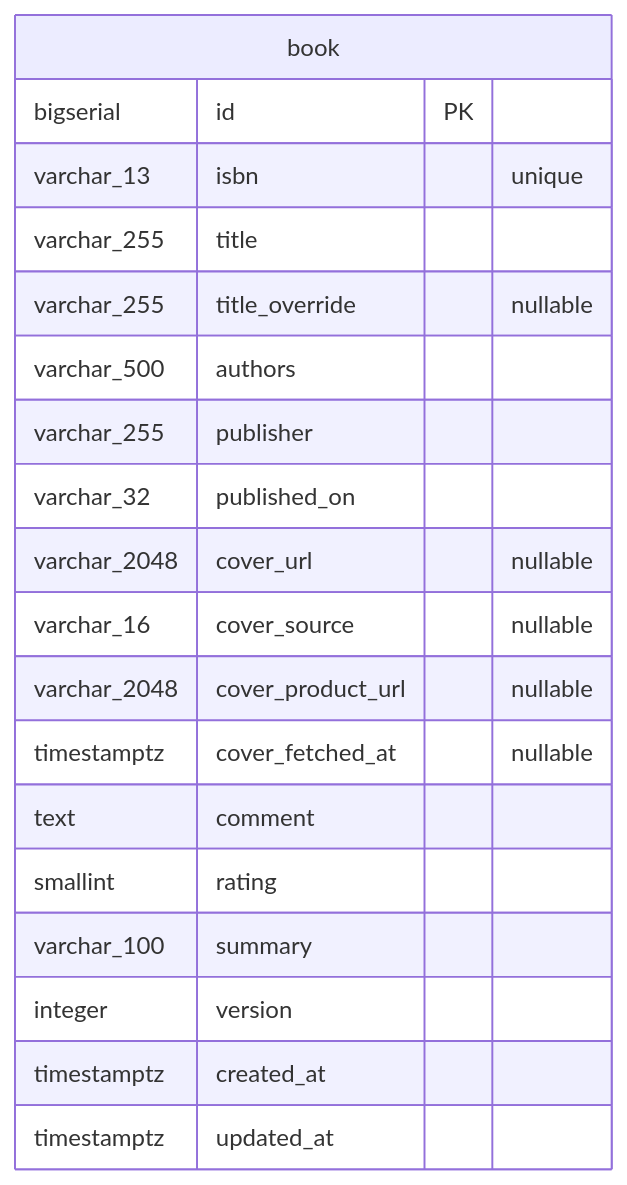
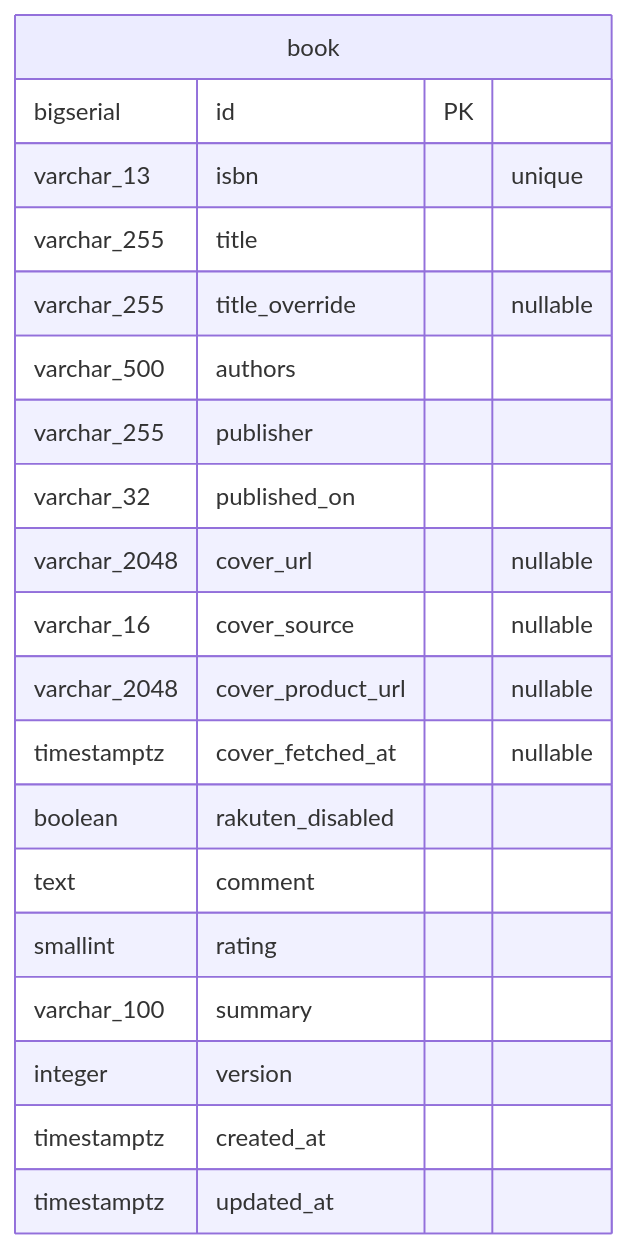
One commit to mrstsgk/book-management-system changed the first of 2 diagrams in docs/db/backend-schema.md. Above: the diagram before and after it, drawn with Mermaid. The commit also changed 8 other files, not shown here.

````diff
--- a/docs/db/backend-schema.md
+++ b/docs/db/backend-schema.md
@@ -7,22 +7,23 @@
 ```mermaid
 erDiagram
     book {
         bigserial id PK
         varchar_13 isbn "unique"
         varchar_255 title
         varchar_255 title_override "nullable"
         varchar_500 authors
         varchar_255 publisher
         varchar_32 published_on
         varchar_2048 cover_url "nullable"
         varchar_16 cover_source "nullable"
         varchar_2048 cover_product_url "nullable"
         timestamptz cover_fetched_at "nullable"
+        boolean rakuten_disabled
         text comment
         smallint rating
         varchar_100 summary
         integer version
         timestamptz created_at
         timestamptz updated_at
     }
 ```
````
